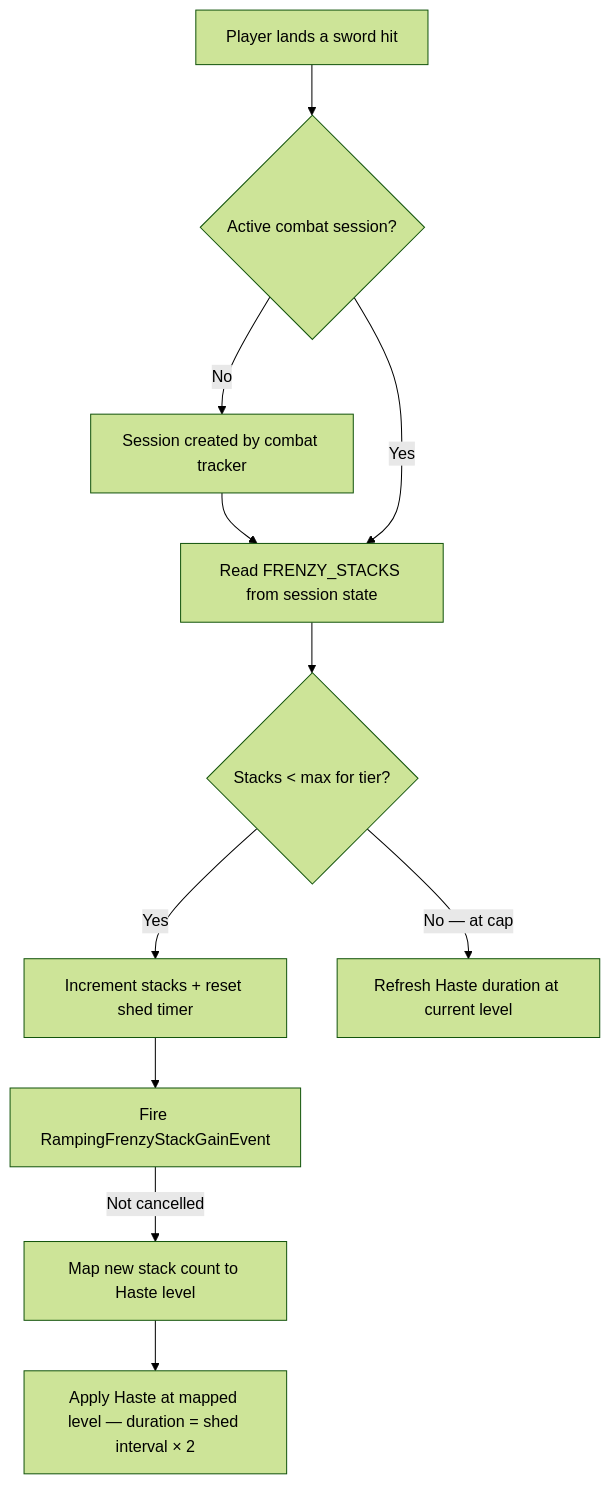
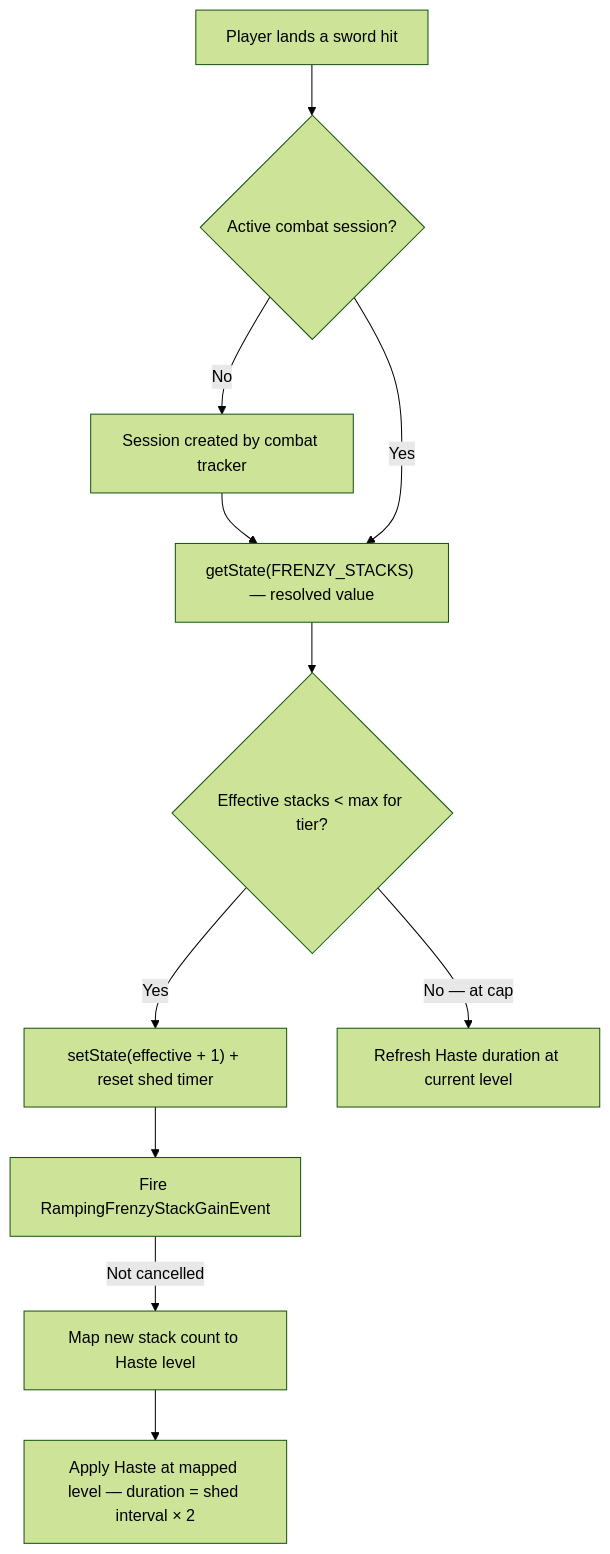
One commit to DiamondDagger590/McRPG changed the fourth of 5 diagrams in docs/hld/combat/combat-tracker-and-ramping-frenzy.md. Above: the diagram before and after it, drawn with Mermaid (forest theme). The commit also changed other lines of this file, not shown here.

````diff
--- a/docs/hld/combat/combat-tracker-and-ramping-frenzy.md
+++ b/docs/hld/combat/combat-tracker-and-ramping-frenzy.md
@@ -393,22 +467,22 @@
 ```mermaid
 flowchart TD
     Attack[Player lands a sword hit]
     HasSession{Active combat session?}
-    GetStacks[Read FRENZY_STACKS from session state]
-    BelowMax{Stacks < max for tier?}
-    Increment[Increment stacks + reset shed timer]
+    GetStacks["getState(FRENZY_STACKS) — resolved value"]
+    BelowMax{Effective stacks < max for tier?}
+    Increment["setState(effective + 1) + reset shed timer"]
     MapLevel[Map new stack count to Haste level]
     ApplyHaste[Apply Haste at mapped level — duration = shed interval × 2]
     FireEvent[Fire RampingFrenzyStackGainEvent]
 
     Attack --> HasSession
     HasSession -->|"No"| CreateSession[Session created by combat tracker]
     CreateSession --> GetStacks
     HasSession -->|"Yes"| GetStacks
     GetStacks --> BelowMax
     BelowMax -->|"Yes"| Increment
     BelowMax -->|"No — at cap"| RefreshHaste[Refresh Haste duration at current level]
     Increment --> FireEvent
     FireEvent -->|"Not cancelled"| MapLevel
     MapLevel --> ApplyHaste
 ```
````
